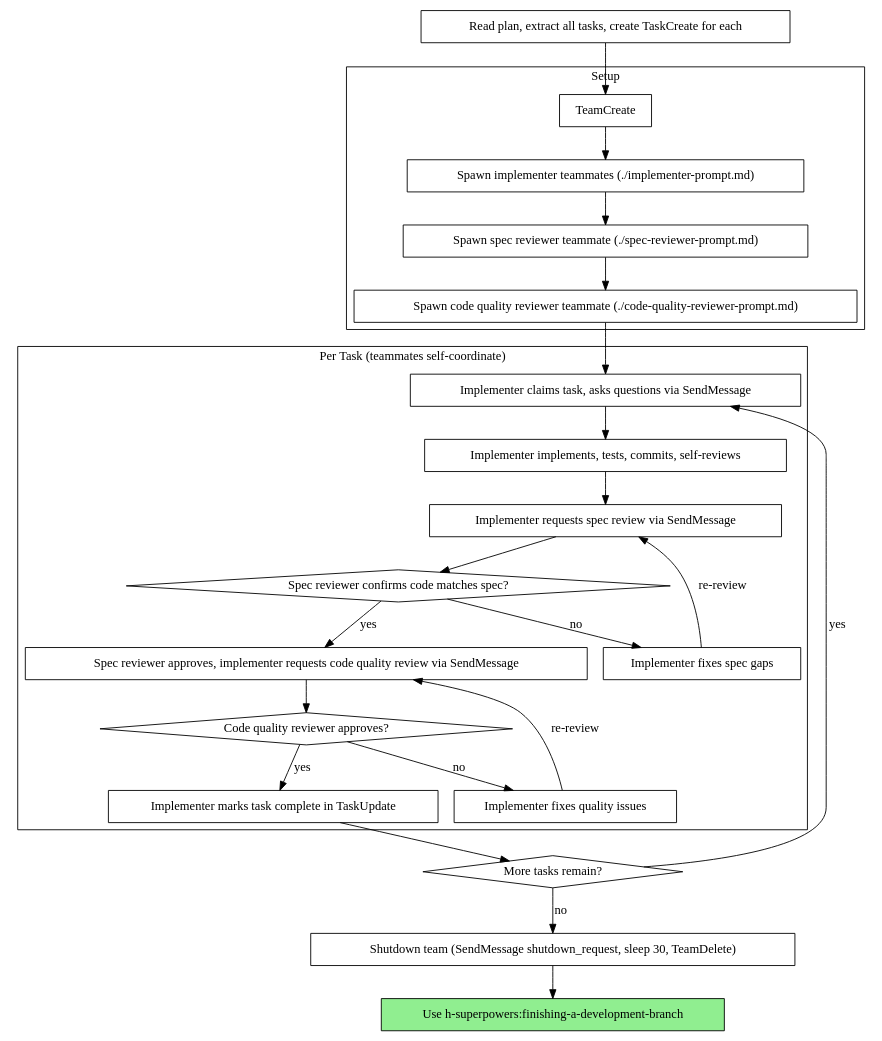
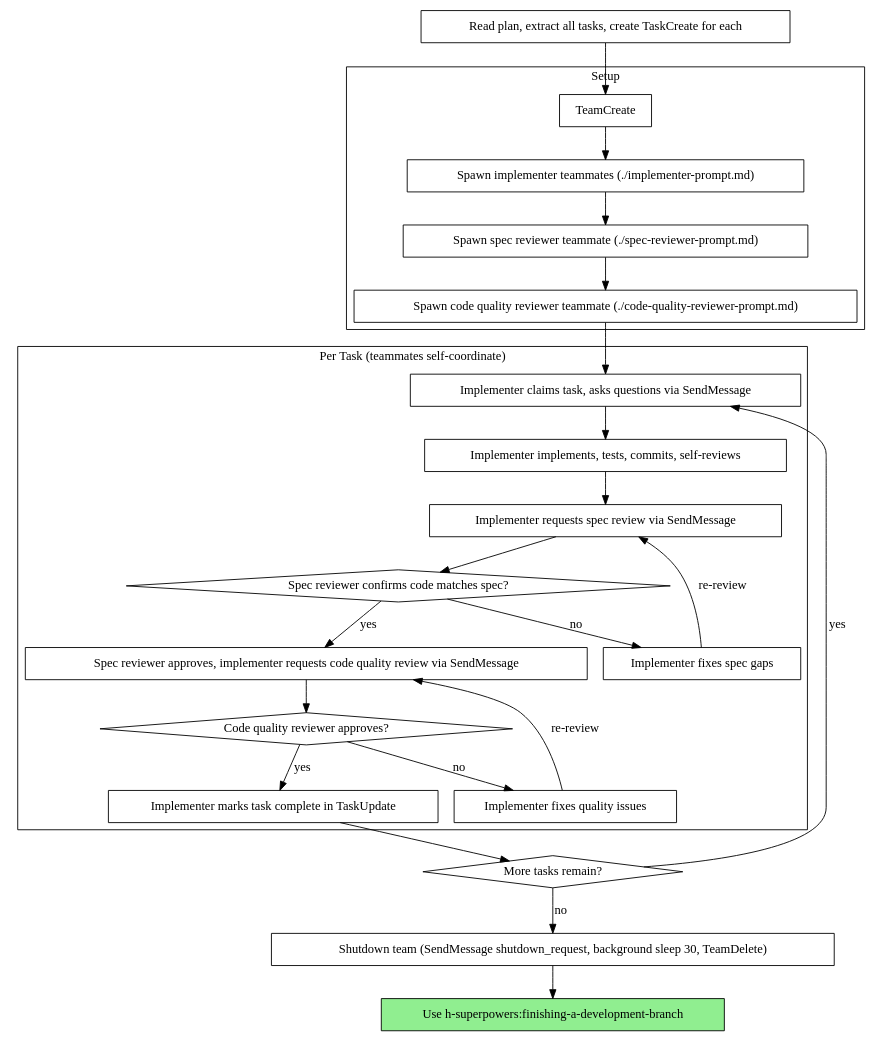
The second of 2 diagrams in skills/team-driven-development/SKILL.md (ehartye/Hartye-superpowers), drawn with Graphviz before and after one commit. The commit also changed other lines of this file and 2 other files, not shown here.

Commit message:
fix: background sleep 30 for team shutdown to work with new harness block
Opus 4.7's Bash tool blocks standalone/leading sleep calls, directing to
run_in_background instead. Updates the three skills that use a deterministic
30-second shutdown wait (team-driven-development, perspective-review,
perspective-research) to call Bash("sleep 30", run_in_background=true).
Verified end-to-end: background sleep pauses the turn and completion
notification fires at 30s exactly.

````diff
--- a/skills/team-driven-development/SKILL.md
+++ b/skills/team-driven-development/SKILL.md
@@ -43,52 +43,52 @@
 ```dot
 digraph process {
     rankdir=TB;
 
     "Read plan, extract all tasks, create TaskCreate for each" [shape=box];
 
     subgraph cluster_setup {
         label="Setup";
         "TeamCreate" [shape=box];
         "Spawn implementer teammates (./implementer-prompt.md)" [shape=box];
         "Spawn spec reviewer teammate (./spec-reviewer-prompt.md)" [shape=box];
         "Spawn code quality reviewer teammate (./code-quality-reviewer-prompt.md)" [shape=box];
     }
 
     subgraph cluster_per_task {
         label="Per Task (teammates self-coordinate)";
         "Implementer claims task, asks questions via SendMessage" [shape=box];
         "Implementer implements, tests, commits, self-reviews" [shape=box];
         "Implementer requests spec review via SendMessage" [shape=box];
         "Spec reviewer confirms code matches spec?" [shape=diamond];
         "Implementer fixes spec gaps" [shape=box];
         "Spec reviewer approves, implementer requests code quality review via SendMessage" [shape=box];
         "Code quality reviewer approves?" [shape=diamond];
         "Implementer fixes quality issues" [shape=box];
         "Implementer marks task complete in TaskUpdate" [shape=box];
     }
 
     "More tasks remain?" [shape=diamond];
-    "Shutdown team (SendMessage shutdown_request, sleep 30, TeamDelete)" [shape=box];
+    "Shutdown team (SendMessage shutdown_request, background sleep 30, TeamDelete)" [shape=box];
     "Use h-superpowers:finishing-a-development-branch" [shape=box style=filled fillcolor=lightgreen];
 
     "Read plan, extract all tasks, create TaskCreate for each" -> "TeamCreate";
     "TeamCreate" -> "Spawn implementer teammates (./implementer-prompt.md)";
     "Spawn implementer teammates (./implementer-prompt.md)" -> "Spawn spec reviewer teammate (./spec-reviewer-prompt.md)";
     "Spawn spec reviewer teammate (./spec-reviewer-prompt.md)" -> "Spawn code quality reviewer teammate (./code-quality-reviewer-prompt.md)";
     "Spawn code quality reviewer teammate (./code-quality-reviewer-prompt.md)" -> "Implementer claims task, asks questions via SendMessage";
     "Implementer claims task, asks questions via SendMessage" -> "Implementer implements, tests, commits, self-reviews";
     "Implementer implements, tests, commits, self-reviews" -> "Implementer requests spec review via SendMessage";
     "Implementer requests spec review via SendMessage" -> "Spec reviewer confirms code matches spec?";
     "Spec reviewer confirms code matches spec?" -> "Implementer fixes spec gaps" [label="no"];
     "Implementer fixes spec gaps" -> "Implementer requests spec review via SendMessage" [label="re-review"];
     "Spec reviewer confirms code matches spec?" -> "Spec reviewer approves, implementer requests code quality review via SendMessage" [label="yes"];
     "Spec reviewer approves, implementer requests code quality review via SendMessage" -> "Code quality reviewer approves?";
     "Code quality reviewer approves?" -> "Implementer fixes quality issues" [label="no"];
     "Implementer fixes quality issues" -> "Spec reviewer approves, implementer requests code quality review via SendMessage" [label="re-review"];
     "Code quality reviewer approves?" -> "Implementer marks task complete in TaskUpdate" [label="yes"];
     "Implementer marks task complete in TaskUpdate" -> "More tasks remain?";
     "More tasks remain?" -> "Implementer claims task, asks questions via SendMessage" [label="yes"];
-    "More tasks remain?" -> "Shutdown team (SendMessage shutdown_request, sleep 30, TeamDelete)" [label="no"];
-    "Shutdown team (SendMessage shutdown_request, sleep 30, TeamDelete)" -> "Use h-superpowers:finishing-a-development-branch";
+    "More tasks remain?" -> "Shutdown team (SendMessage shutdown_request, background sleep 30, TeamDelete)" [label="no"];
+    "Shutdown team (SendMessage shutdown_request, background sleep 30, TeamDelete)" -> "Use h-superpowers:finishing-a-development-branch";
 }
 ```
````
